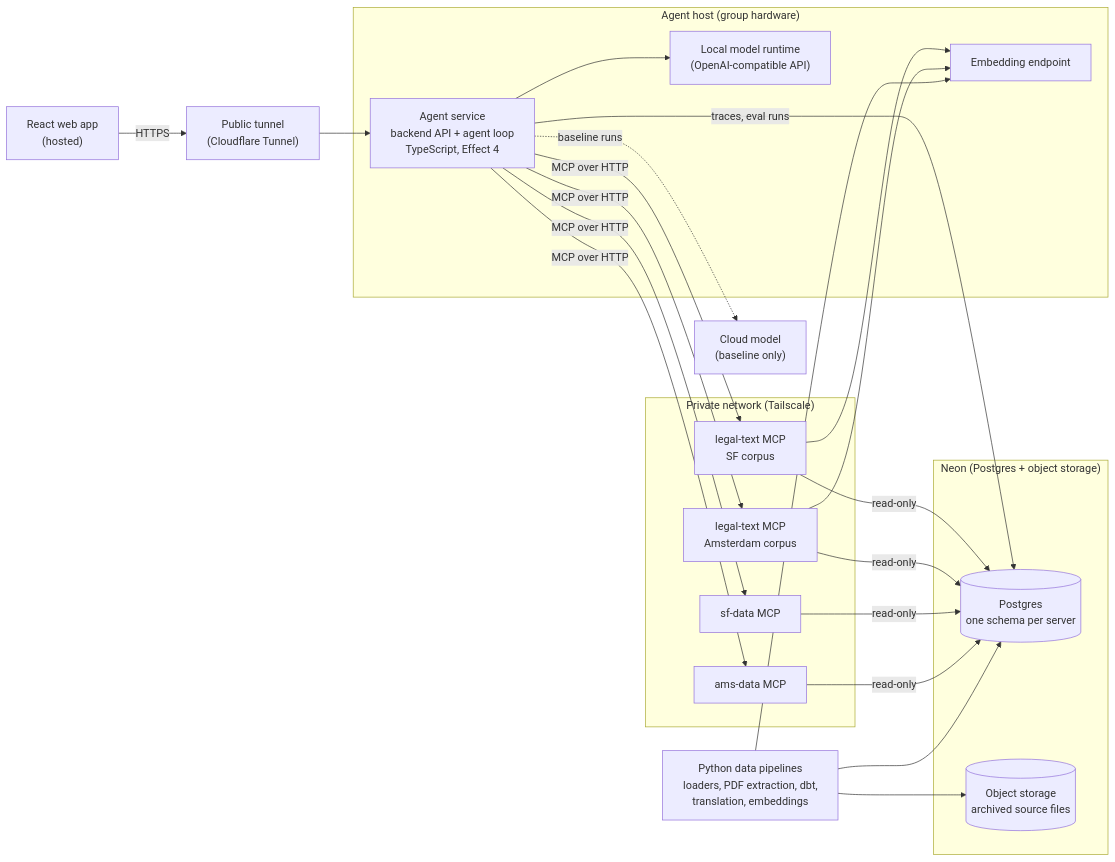
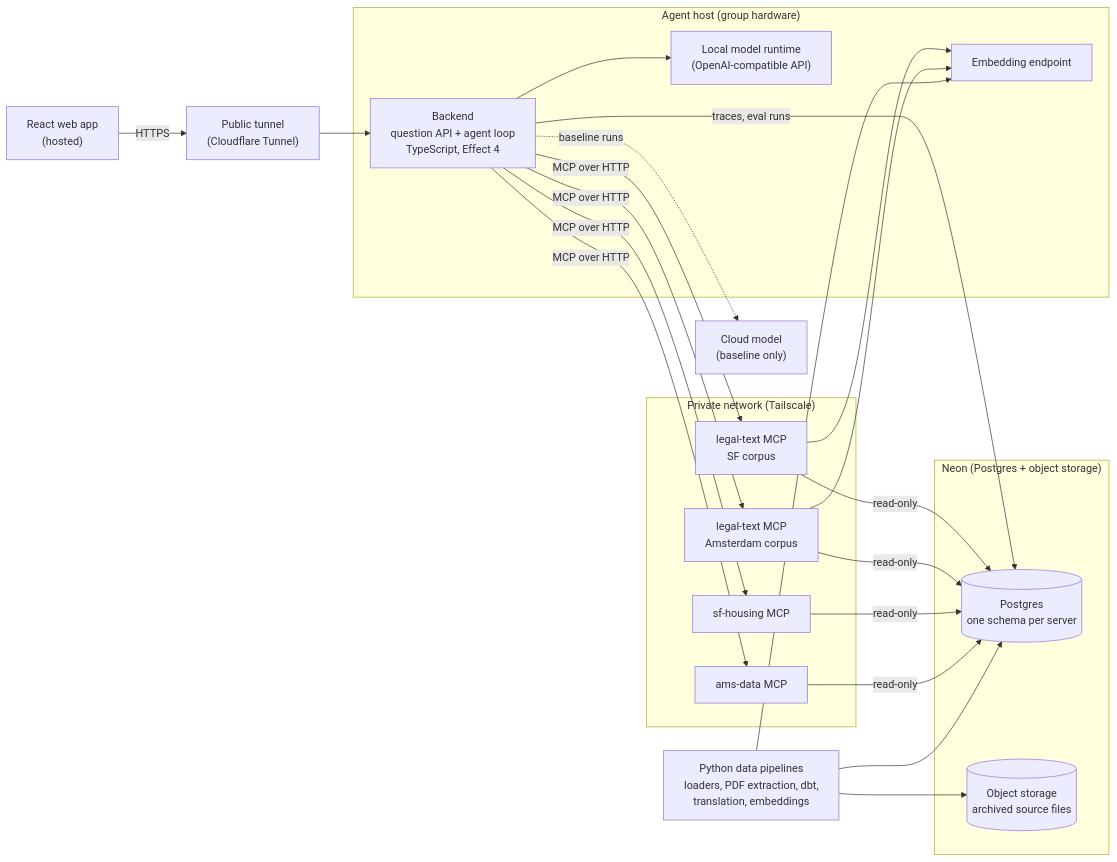
Before and after one commit to mollyegibson/policy-huis: the diagram in README.md, drawn with Mermaid. The commit also changed other lines of this file and 71 other files, not shown here.

````diff
--- a/README.md
+++ b/README.md
@@ -23,38 +23,38 @@
 ```mermaid
 flowchart LR
     web["React web app<br/>(hosted)"]
     tunnel["Public tunnel<br/>(Cloudflare Tunnel)"]
 
     subgraph host["Agent host (group hardware)"]
-        agent["Agent service<br/>backend API + agent loop<br/>TypeScript, Effect 4"]
+        agent["Backend<br/>question API + agent loop<br/>TypeScript, Effect 4"]
         llm["Local model runtime<br/>(OpenAI-compatible API)"]
         emb["Embedding endpoint"]
     end
 
     cloud["Cloud model<br/>(baseline only)"]
 
     subgraph mesh["Private network (Tailscale)"]
         lt_sf["legal-text MCP<br/>SF corpus"]
         lt_ams["legal-text MCP<br/>Amsterdam corpus"]
-        d_sf["sf-data MCP"]
+        d_sf["sf-housing MCP"]
         d_ams["ams-data MCP"]
     end
 
     subgraph neon["Neon (Postgres + object storage)"]
         pg[("Postgres<br/>one schema per server")]
         obj[("Object storage<br/>archived source files")]
     end
 
     pipe["Python data pipelines<br/>loaders, PDF extraction, dbt,<br/>translation, embeddings"]
 
     web -- HTTPS --> tunnel --> agent
     agent --> llm
     agent -. baseline runs .-> cloud
     agent -- MCP over HTTP --> lt_sf & lt_ams & d_sf & d_ams
     lt_sf & lt_ams --> emb
     lt_sf & lt_ams & d_sf & d_ams -- read-only --> pg
     pipe --> obj
     pipe --> pg
     pipe --> emb
     agent -- traces, eval runs --> pg
 ```
````
